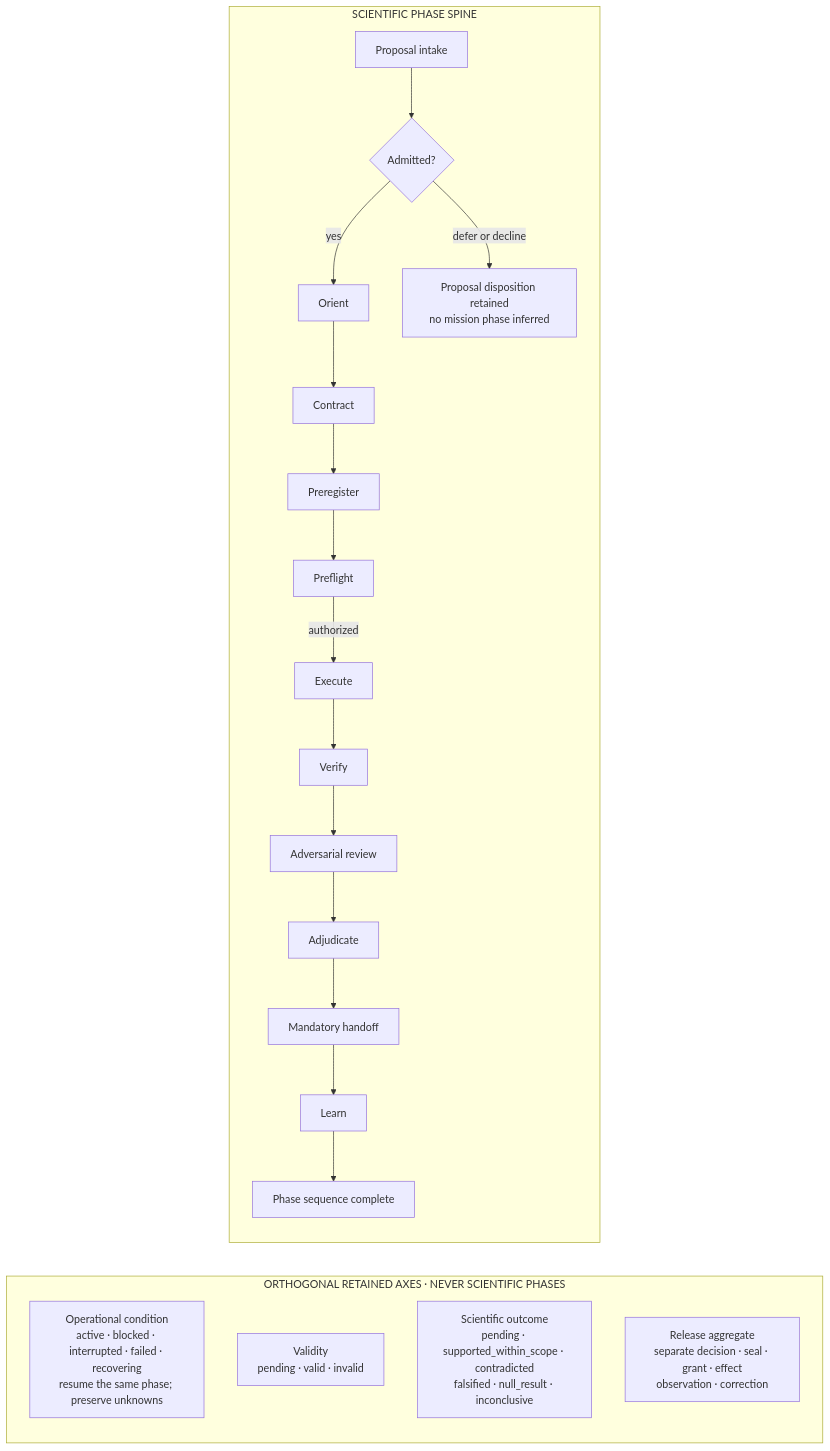
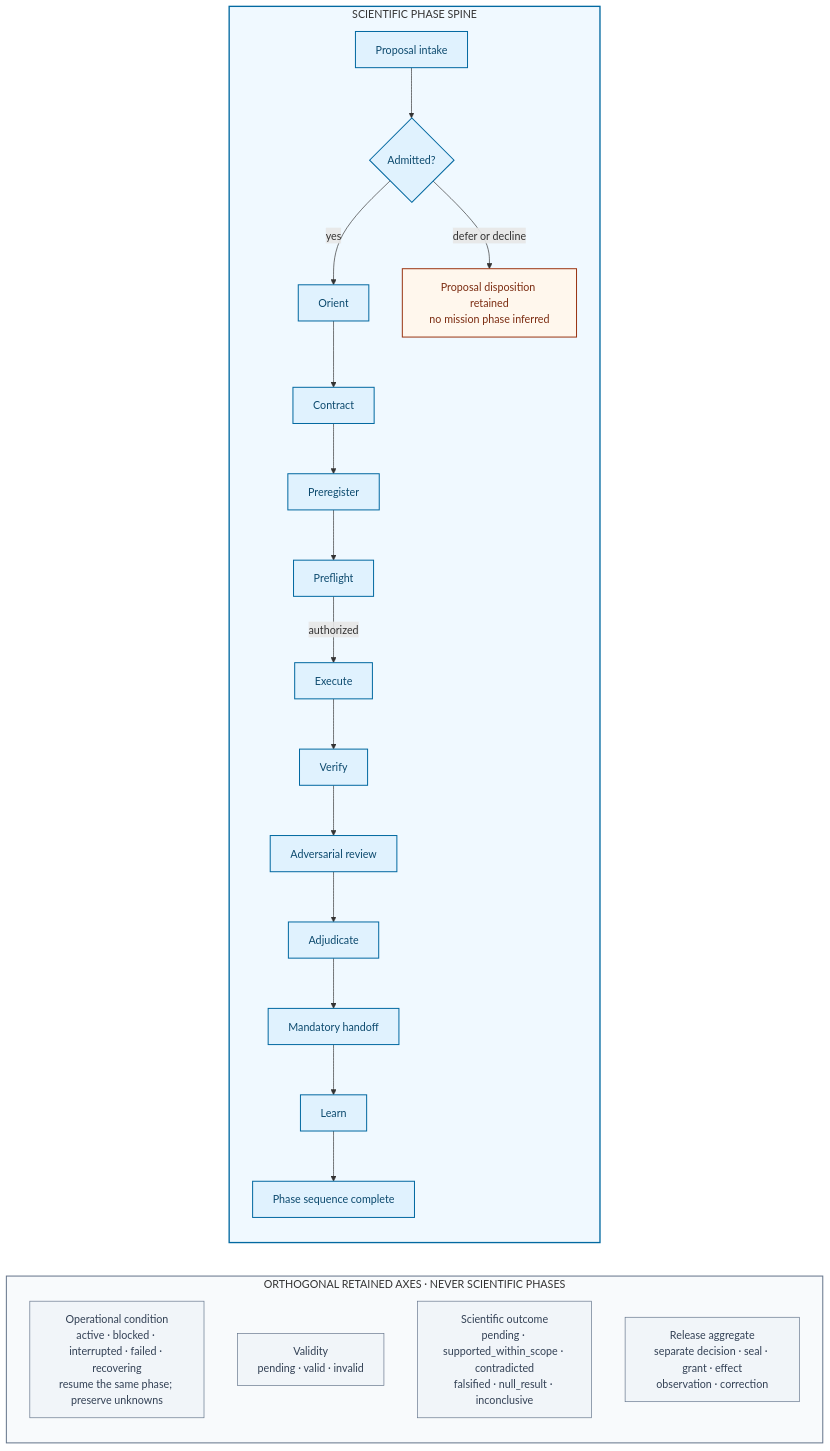
Before and after one commit to manfromnowhere143/odeya: the second of 3 diagrams in docs/ARCHITECTURE.md, drawn with Mermaid. The commit also changed other lines of this file and 21 other files, not shown here.

Commit message:
architecture: gate frontier research value claims

````diff
--- a/docs/ARCHITECTURE.md
+++ b/docs/ARCHITECTURE.md
@@ -191,29 +211,41 @@
 ```mermaid
 flowchart TB
+    accTitle: Odeya scientific mission lifecycle and orthogonal state axes
+    accDescr: The scientific phase sequence runs from proposal intake through mandatory handoff and learning. Operational condition, validity, scientific outcome, and release remain orthogonal retained axes and are never scientific phases.
+
     subgraph PH["SCIENTIFIC PHASE SPINE"]
         direction TB
         Intake[Proposal intake] --> Admit{Admitted?}
         Admit -->|yes| Orient[Orient]
         Admit -->|defer or decline| ProposalDisposition[Proposal disposition retained<br/>no mission phase inferred]
         Orient --> Contract[Contract]
         Contract --> Preregister[Preregister]
         Preregister --> Preflight[Preflight]
         Preflight -->|authorized| Execute[Execute]
         Execute --> Verify[Verify]
         Verify --> Review[Adversarial review]
         Review --> Adjudicate[Adjudicate]
         Adjudicate --> Handoff[Mandatory handoff]
         Handoff --> Learn[Learn]
         Learn --> Complete[Phase sequence complete]
     end
 
     subgraph AX["ORTHOGONAL RETAINED AXES · NEVER SCIENTIFIC PHASES"]
         direction TB
         Operational["Operational condition<br/>active · blocked · interrupted · failed · recovering<br/>resume the same phase; preserve unknowns"]
         Validity["Validity<br/>pending · valid · invalid"]
         Outcome["Scientific outcome<br/>pending · supported_within_scope · contradicted<br/>falsified · null_result · inconclusive"]
         Release["Release aggregate<br/>separate decision · seal · grant · effect<br/>observation · correction"]
     end
 
     PH ~~~ AX
+
+    classDef phase fill:#E0F2FE,stroke:#0369A1,stroke-width:1.5px,color:#0C4A6E
+    classDef disposition fill:#FFF7ED,stroke:#9A3412,stroke-width:1.5px,color:#7C2D12
+    classDef axis fill:#F1F5F9,stroke:#64748B,stroke-width:1px,color:#334155
+    class Intake,Admit,Orient,Contract,Preregister,Preflight,Execute,Verify,Review,Adjudicate,Handoff,Learn,Complete phase
+    class ProposalDisposition disposition
+    class Operational,Validity,Outcome,Release axis
+    style PH fill:#F0F9FF,stroke:#0369A1,stroke-width:2px
+    style AX fill:#F8FAFC,stroke:#64748B,stroke-width:1.5px
 ```
````
